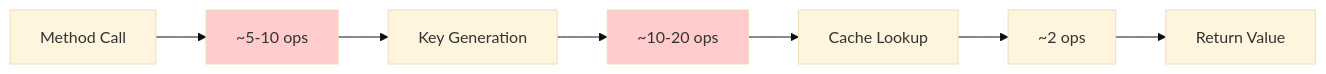
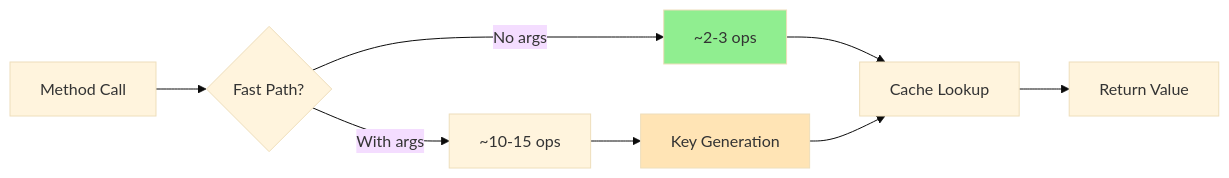
Before and after one commit to owasp-sbot/OSBot-Utils: the fourth of 4 diagrams in docs/code/osbot_utils/decorators/methods/cache_on_self--tech_debrief.md, drawn with Mermaid (base theme). The commit also changed other lines of this file and 5 other files, not shown here.

````diff
--- a/docs/code/osbot_utils/decorators/methods/cache_on_self--tech_debrief.md
+++ b/docs/code/osbot_utils/decorators/methods/cache_on_self--tech_debrief.md
@@ -255,12 +188,13 @@
 ```mermaid
 graph LR
-    A[Method Call] --> B[~5-10 ops]
-    B --> C[Key Generation]
-    C --> D[~10-20 ops]
-    D --> E[Cache Lookup]
-    E --> F[~2 ops]
-    F --> G[Return Value]
+    A[Method Call] --> B{Fast Path?}
+    B -->|No args| C[~2-3 ops]
+    B -->|With args| D[~10-15 ops]
+    C --> E[Cache Lookup]
+    D --> F[Key Generation]
+    F --> E
+    E --> G[Return Value]
     
-    style B fill:#ffcccc
-    style D fill:#ffcccc
+    style C fill:#90EE90
+    style F fill:#FFE4B5
 ```
````
